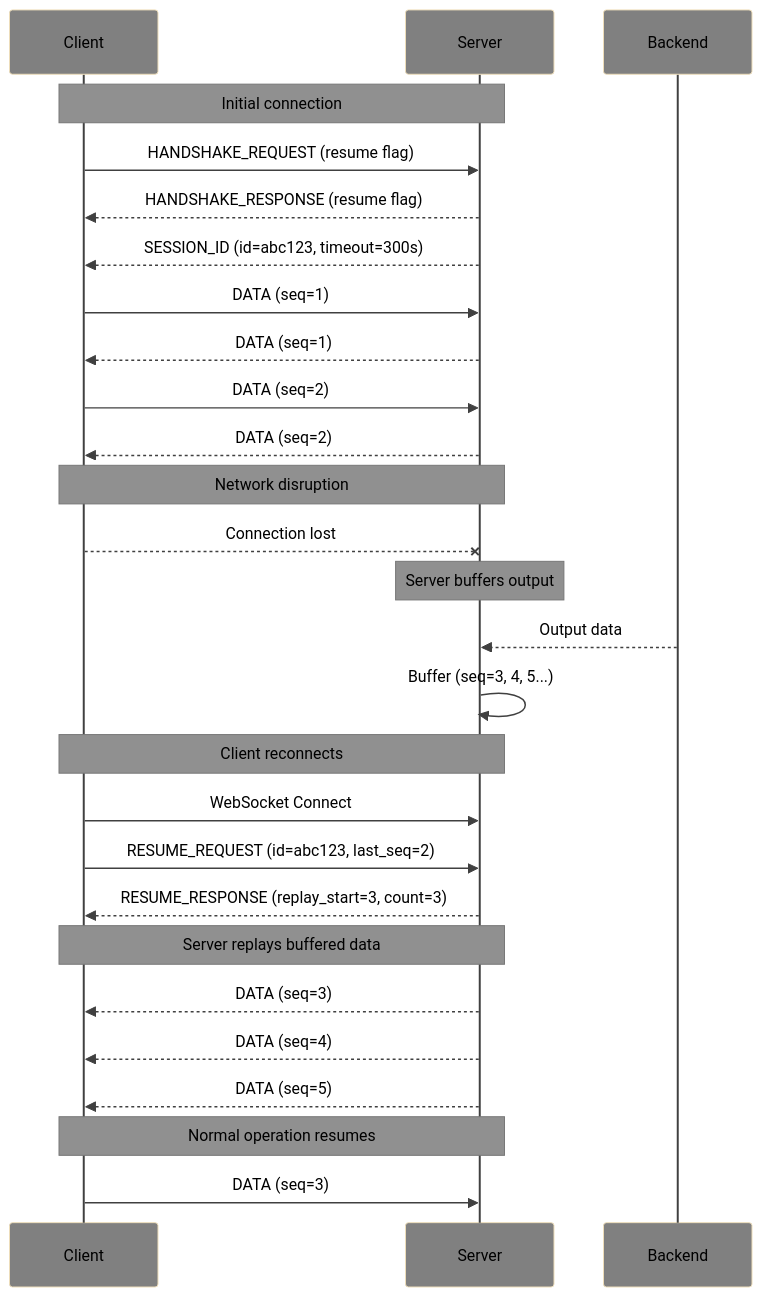
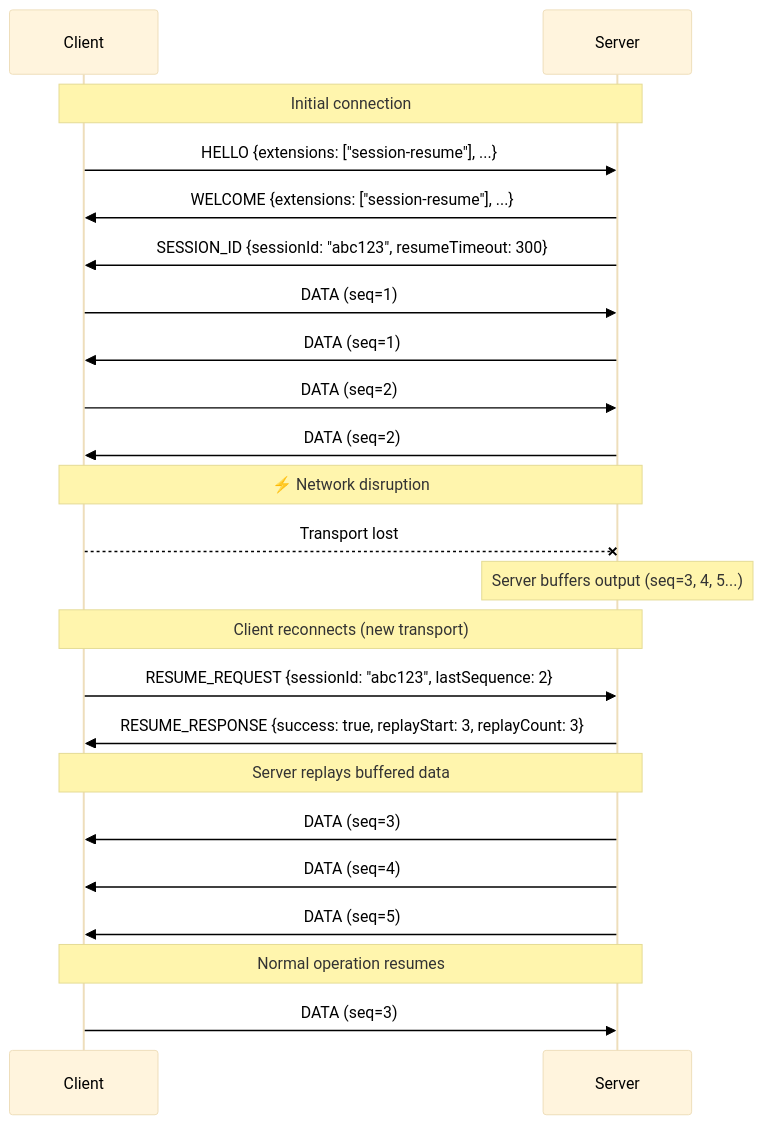
Before and after one commit to deftai/xumux: the second of 2 diagrams in docs/ext-session-resume.md, drawn with Mermaid. The commit also changed other lines of this file and 6 other files, not shown here.

````diff
--- a/docs/ext-session-resume.md
+++ b/docs/ext-session-resume.md
@@ -112,37 +129,33 @@
 ```mermaid
-%%{init: {'theme': 'base', 'themeVariables': {'primaryTextColor': '#000000', 'secondaryTextColor': '#000000', 'tertiaryTextColor': '#000000', 'noteBkgColor': '#909090', 'noteTextColor': '#000000', 'actorBkg': '#808080', 'actorTextColor': '#000000', 'actorLineColor': '#404040', 'signalColor': '#404040'}}}%%
+%%{init: {'theme': 'base', 'themeVariables': {'primaryTextColor': '#000', 'lineColor': '#333'}}}%%
 sequenceDiagram
     participant C as Client
     participant S as Server
-    participant B as Backend
 
     Note over C,S: Initial connection
-    C->>S: HANDSHAKE_REQUEST (resume flag)
-    S-->>C: HANDSHAKE_RESPONSE (resume flag)
-    S-->>C: SESSION_ID (id=abc123, timeout=300s)
-    
+    C->>S: HELLO {extensions: ["session-resume"], ...}
+    S->>C: WELCOME {extensions: ["session-resume"], ...}
+    S->>C: SESSION_ID {sessionId: "abc123", resumeTimeout: 300}
+
     C->>S: DATA (seq=1)
-    S-->>C: DATA (seq=1)
+    S->>C: DATA (seq=1)
     C->>S: DATA (seq=2)
-    S-->>C: DATA (seq=2)
-    
-    Note over C,S: Network disruption
-    C--xS: Connection lost
-    
-    Note over S: Server buffers output
-    B-->>S: Output data
-    S->>S: Buffer (seq=3, 4, 5...)
-    
-    Note over C,S: Client reconnects
-    C->>S: WebSocket Connect
-    C->>S: RESUME_REQUEST (id=abc123, last_seq=2)
-    S-->>C: RESUME_RESPONSE (replay_start=3, count=3)
-    
-    Note over C,S: Server replays buffered data
-    S-->>C: DATA (seq=3)
-    S-->>C: DATA (seq=4)
-    S-->>C: DATA (seq=5)
-    
+    S->>C: DATA (seq=2)
+
+    Note over C,S: ⚡ Network disruption
+    C--xS: Transport lost
+
+    Note over S: Server buffers output (seq=3, 4, 5...)
+
+    Note over C,S: Client reconnects (new transport)
+    C->>S: RESUME_REQUEST {sessionId: "abc123", lastSequence: 2}
+    S->>C: RESUME_RESPONSE {success: true, replayStart: 3, replayCount: 3}
+
+    Note over S,C: Server replays buffered data
+    S->>C: DATA (seq=3)
+    S->>C: DATA (seq=4)
+    S->>C: DATA (seq=5)
+
     Note over C,S: Normal operation resumes
     C->>S: DATA (seq=3)
 ```
````
